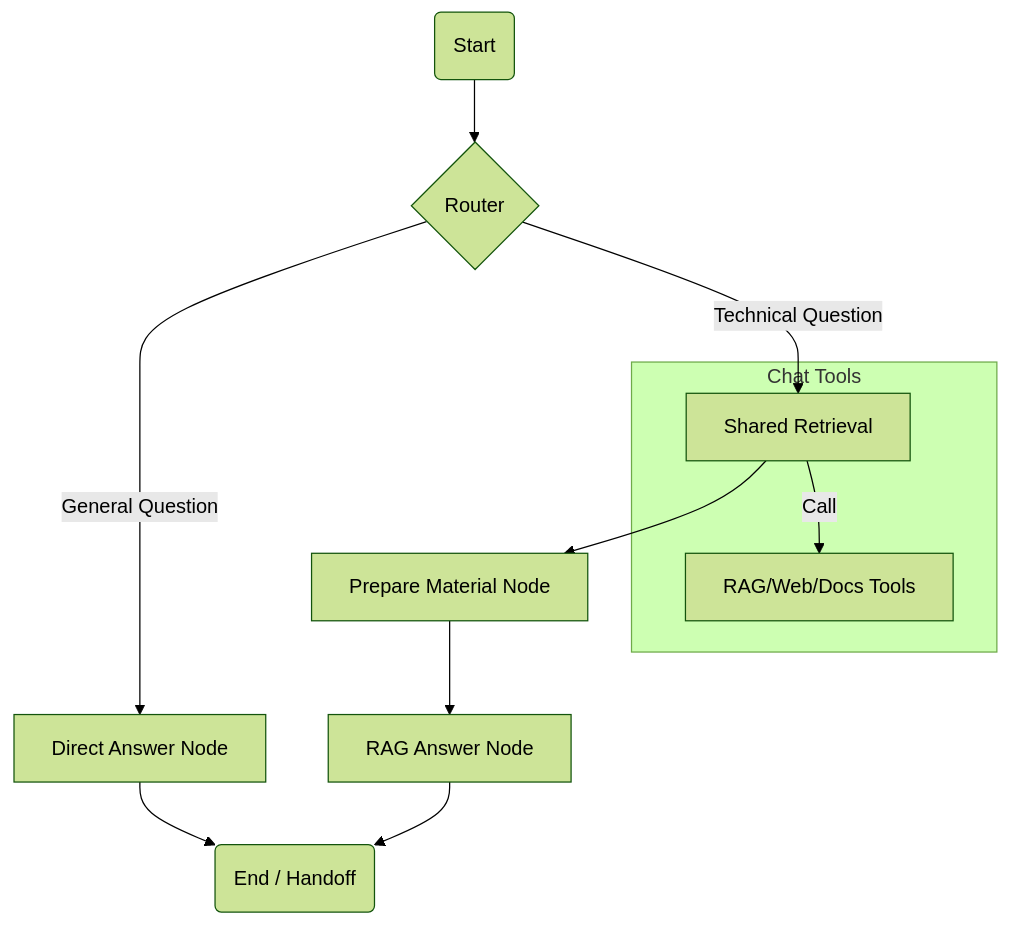
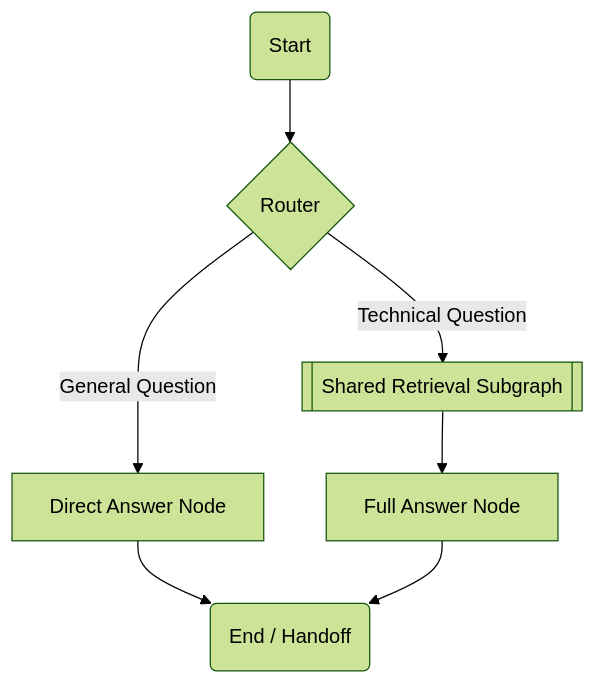
One commit to Lifelong-Learning-Assisttant/agent_service changed the second of 5 diagrams in docs/agent_documentation.md. Above: the diagram before and after it, drawn with Mermaid (forest theme). The commit also changed other lines of this file, not shown here.

````diff
--- a/docs/agent_documentation.md
+++ b/docs/agent_documentation.md
@@ -47,17 +53,12 @@
 ```mermaid
 graph TD
     C_Start(Start) --> C_Router{Router}
     
     C_Router --"General Question"--> C_Direct[Direct Answer Node]
-    C_Router --"Technical Question"--> C_Search[Shared Retrieval]
+    C_Router --"Technical Question"--> C_Search[[Shared Retrieval Subgraph]]
     
-    C_Search --> C_Prepare[Prepare Material Node]
-    C_Prepare --> C_Generate[RAG Answer Node]
+    C_Search --> C_Generate[Full Answer Node]
     
     C_Direct --> C_End(End / Handoff)
     C_Generate --> C_End
-    
-    subgraph "Chat Tools"
-        C_Search --"Call"--> Shared_Tools[RAG/Web/Docs Tools]
-    end
 ```
````
